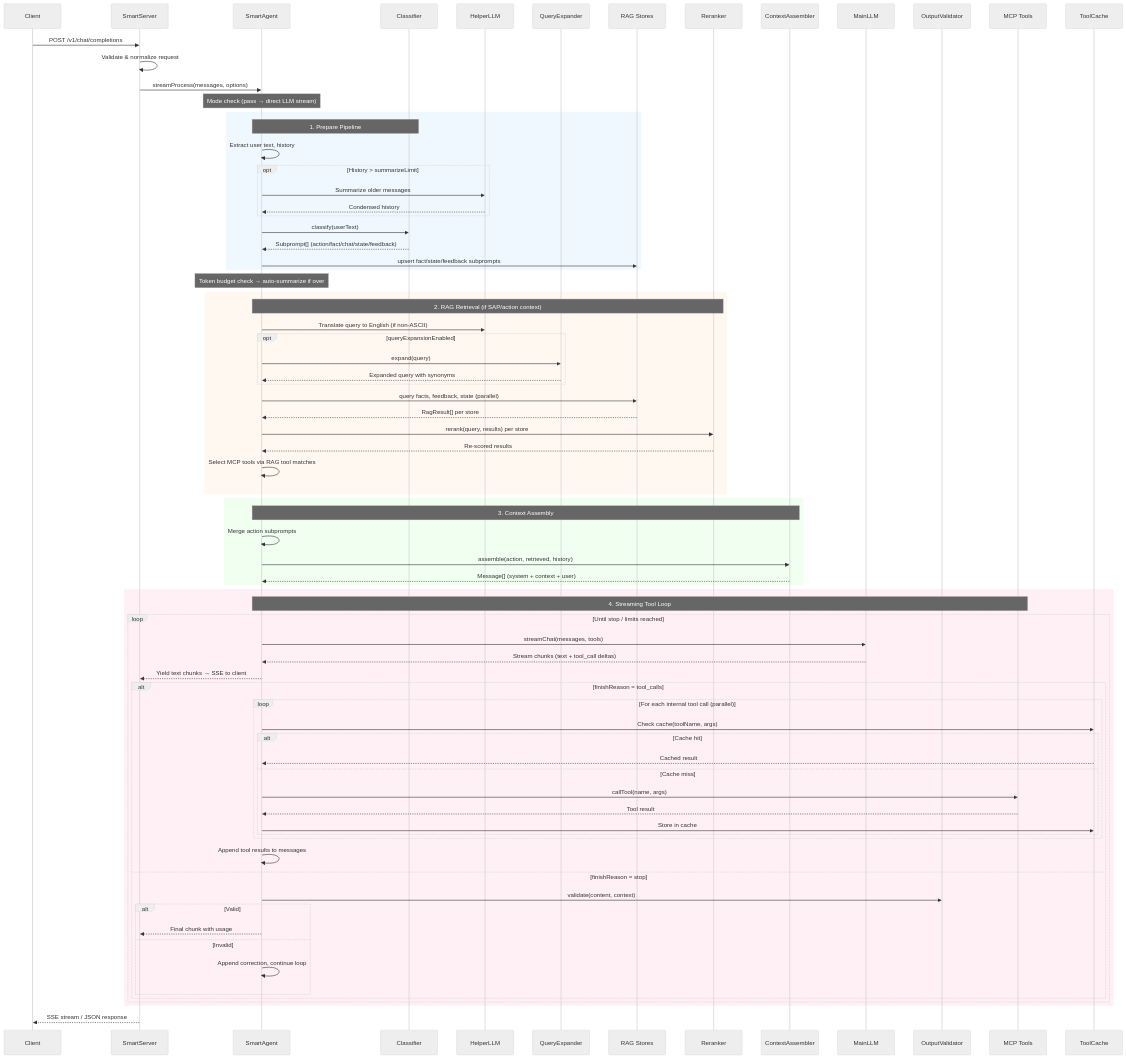
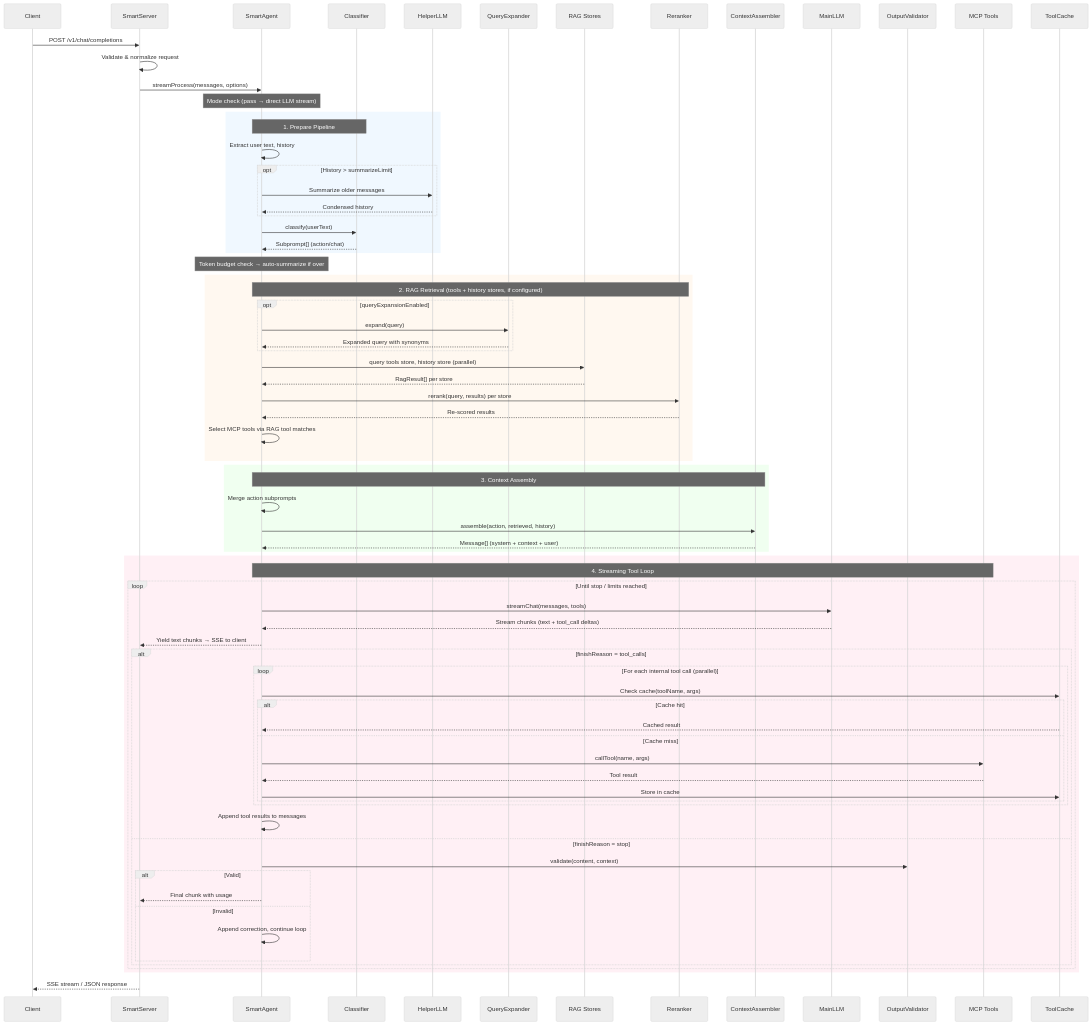
The second of 2 diagrams in docs/ARCHITECTURE.md (fr0ster/llm-agent), drawn with Mermaid (neutral theme) before and after one commit. The commit also changed other lines of this file and 12 other files, not shown here.

First line of the commit message:
docs: update architecture and examples for consumer-defined RAG (#84)

```diff
--- a/docs/ARCHITECTURE.md
+++ b/docs/ARCHITECTURE.md
@@ -163,20 +163,18 @@
             H-->>SA: Condensed history
         end
         SA->>CL: classify(userText)
-        CL-->>SA: Subprompt[] (action/fact/chat/state/feedback)
-        SA->>RAG: upsert fact/state/feedback subprompts
+        CL-->>SA: Subprompt[] (action/chat)
     end
 
     Note over SA: Token budget check → auto-summarize if over
 
     rect rgb(255, 248, 240)
-        Note over SA,RR: 2. RAG Retrieval (if SAP/action context)
-        SA->>H: Translate query to English (if non-ASCII)
+        Note over SA,RR: 2. RAG Retrieval (tools + history stores, if configured)
         opt queryExpansionEnabled
             SA->>QE: expand(query)
             QE-->>SA: Expanded query with synonyms
         end
-        SA->>RAG: query facts, feedback, state (parallel)
+        SA->>RAG: query tools store, history store (parallel)
         RAG-->>SA: RagResult[] per store
         SA->>RR: rerank(query, results) per store
         RR-->>SA: Re-scored results
```
